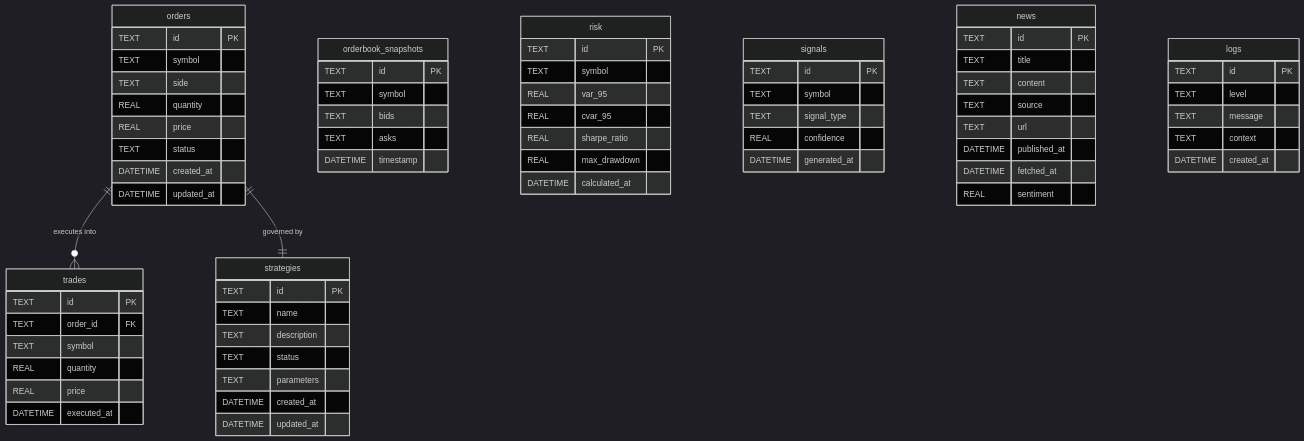
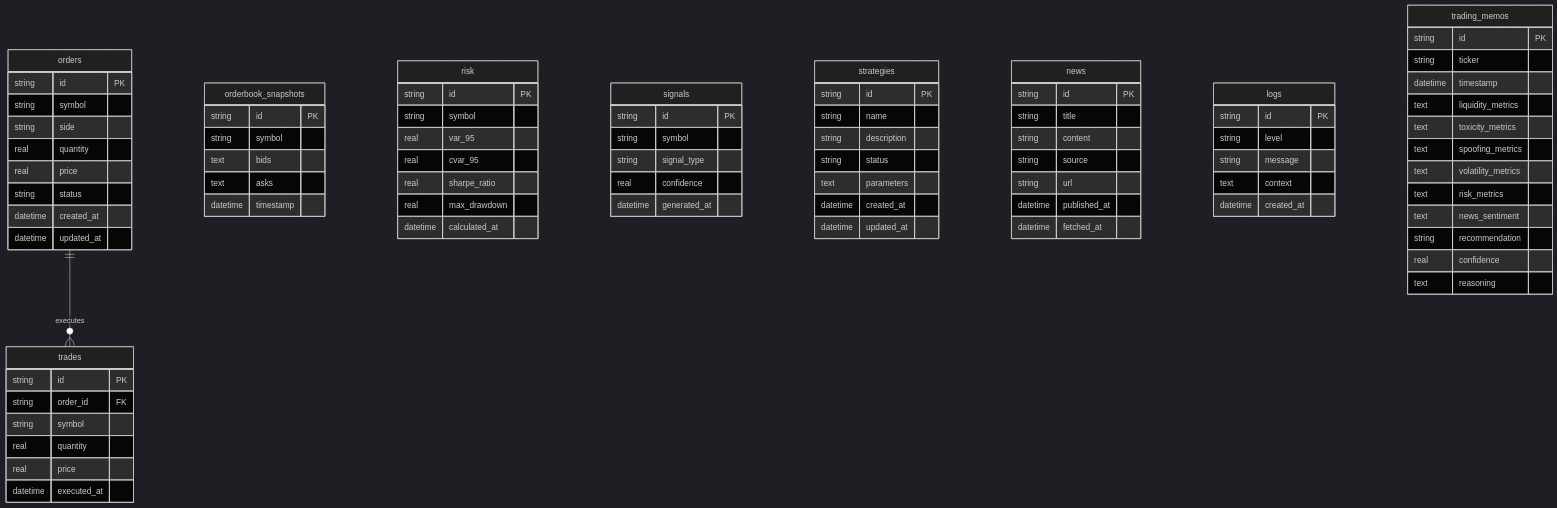
The fourth of 5 diagrams in LLD.md (siddhrrth/QuantGuard-MCP), drawn with Mermaid (dark theme) before and after one commit. The commit also changed other lines of this file, not shown here.

Commit message:
LLD.md: Complete Low-Level Design document

````diff
--- a/LLD.md
+++ b/LLD.md
@@ -221,73 +220,93 @@
 ```mermaid
 erDiagram
     orders {
-        TEXT id PK
-        TEXT symbol
-        TEXT side
-        REAL quantity
-        REAL price
-        TEXT status
-        DATETIME created_at
-        DATETIME updated_at
-    }
-    trades {
-        TEXT id PK
-        TEXT order_id FK
-        TEXT symbol
-        REAL quantity
-        REAL price
-        DATETIME executed_at
-    }
-    orderbook_snapshots {
-        TEXT id PK
-        TEXT symbol
-        TEXT bids
-        TEXT asks
-        DATETIME timestamp
-    }
-    risk {
-        TEXT id PK
-        TEXT symbol
-        REAL var_95
-        REAL cvar_95
-        REAL sharpe_ratio
-        REAL max_drawdown
-        DATETIME calculated_at
-    }
-    signals {
-        TEXT id PK
-        TEXT symbol
-        TEXT signal_type
-        REAL confidence
-        DATETIME generated_at
-    }
-    strategies {
-        TEXT id PK
-        TEXT name
-        TEXT description
-        TEXT status
-        TEXT parameters
-        DATETIME created_at
-        DATETIME updated_at
-    }
-    news {
-        TEXT id PK
-        TEXT title
-        TEXT content
-        TEXT source
-        TEXT url
-        DATETIME published_at
-        DATETIME fetched_at
-        REAL sentiment
-    }
-    logs {
-        TEXT id PK
-        TEXT level
-        TEXT message
-        TEXT context
-        DATETIME created_at
+        string id PK
+        string symbol
+        string side
+        real quantity
+        real price
+        string status
+        datetime created_at
+        datetime updated_at
     }
 
-    orders ||--o{ trades : "executes into"
-    orders ||--|| strategies : "governed by"
+    trades {
+        string id PK
+        string order_id FK
+        string symbol
+        real quantity
+        real price
+        datetime executed_at
+    }
+
+    orderbook_snapshots {
+        string id PK
+        string symbol
+        text bids
+        text asks
+        datetime timestamp
+    }
+
+    risk {
+        string id PK
+        string symbol
+        real var_95
+        real cvar_95
+        real sharpe_ratio
+        real max_drawdown
+        datetime calculated_at
+    }
+
+    signals {
+        string id PK
+        string symbol
+        string signal_type
+        real confidence
+        datetime generated_at
+    }
+
+    strategies {
+        string id PK
+        string name
+        string description
+        string status
+        text parameters
+        datetime created_at
+        datetime updated_at
+    }
+
+    news {
+        string id PK
+        string title
+        string content
+        string source
+        string url
+        datetime published_at
+        datetime fetched_at
+    }
+
+    logs {
+        string id PK
+        string level
+        string message
+        text context
+        datetime created_at
+    }
+
+    trading_memos {
+        string id PK
+        string ticker
+        datetime timestamp
+        text liquidity_metrics
+        text toxicity_metrics
+        text spoofing_metrics
+        text volatility_metrics
+        text risk_metrics
+        text news_sentiment
+        string recommendation
+        real confidence
+        text reasoning
+    }
+
+    orders ||--o{ trades : "executes"
 ```
````
